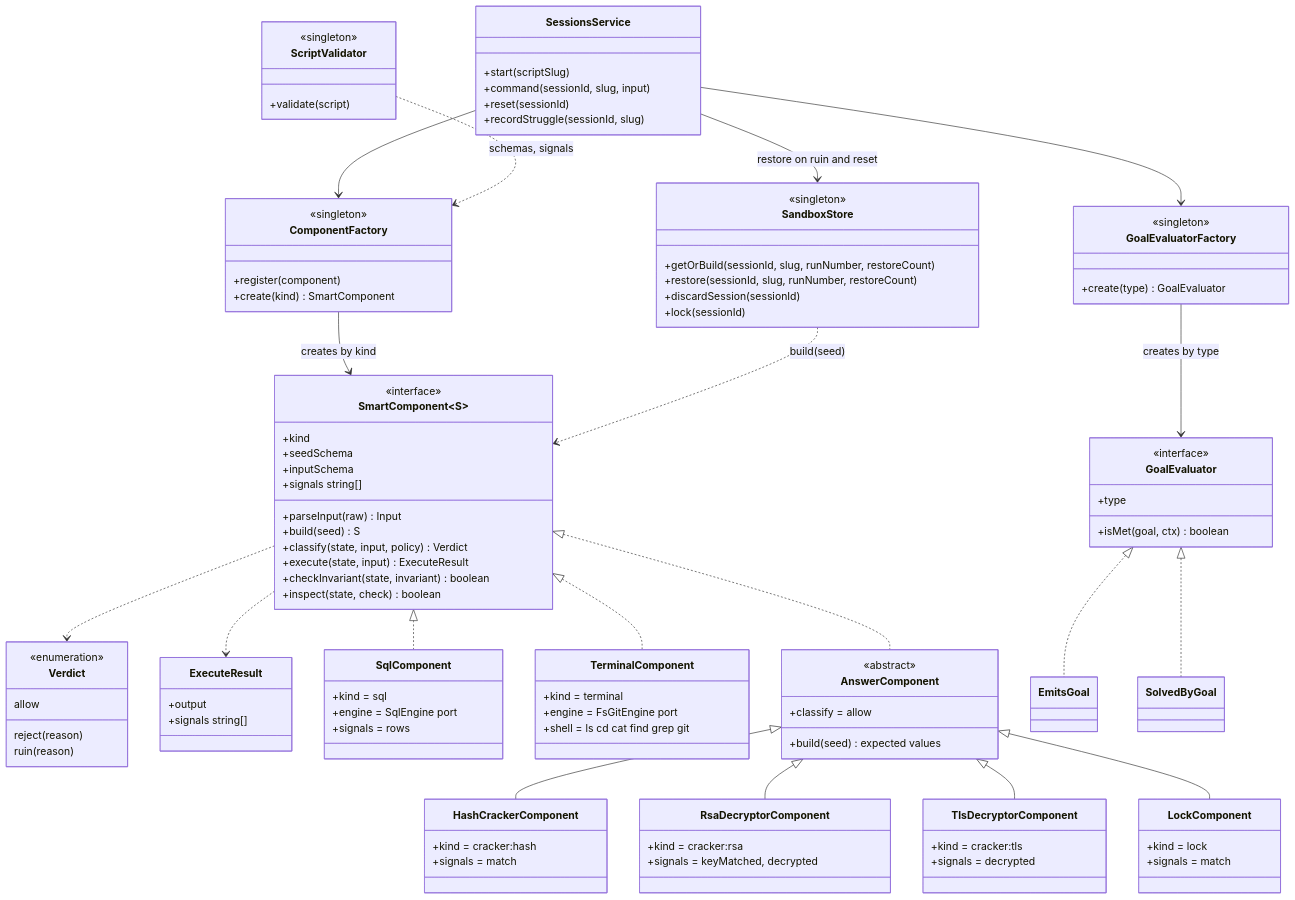
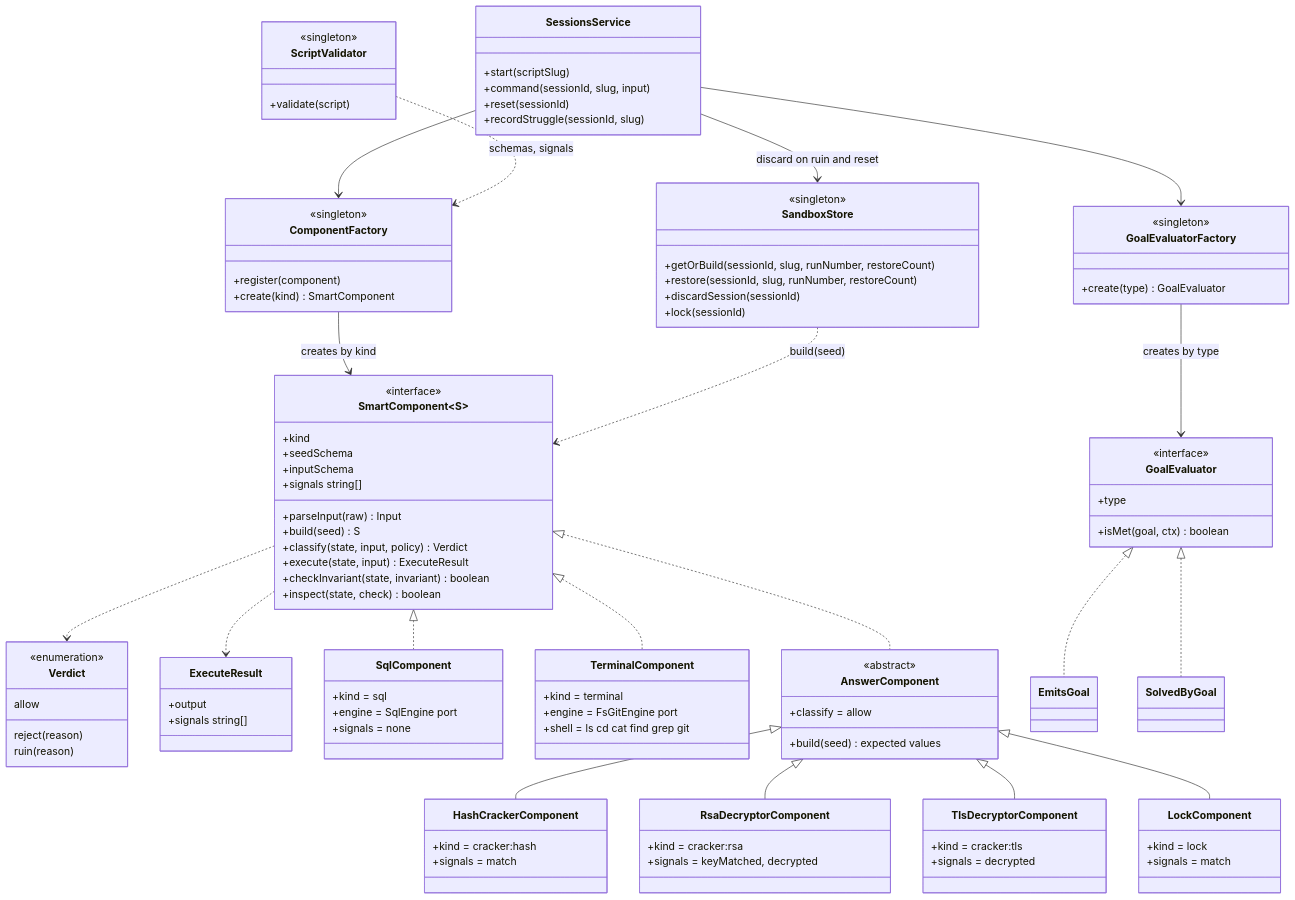
Before and after one commit to edenbuky/escapeRoom: the fourth of 9 diagrams in DESIGN.md, drawn with Mermaid. The commit also changed other lines of this file, not shown here.

````diff
--- a/DESIGN.md
+++ b/DESIGN.md
@@ -518,7 +540,7 @@
   class SqlComponent {
     +kind = sql
     +engine = SqlEngine port
-    +signals = rows
+    +signals = none
   }
   class TerminalComponent {
     +kind = terminal
@@ -569,7 +591,7 @@
   GoalEvaluatorFactory --> GoalEvaluator : creates by type
   SessionsService --> ComponentFactory
   SessionsService --> GoalEvaluatorFactory
-  SessionsService --> SandboxStore : restore on ruin and reset
+  SessionsService --> SandboxStore : discard on ruin and reset
   SandboxStore ..> SmartComponent : build(seed)
   ScriptValidator ..> ComponentFactory : schemas, signals
 ```
````
